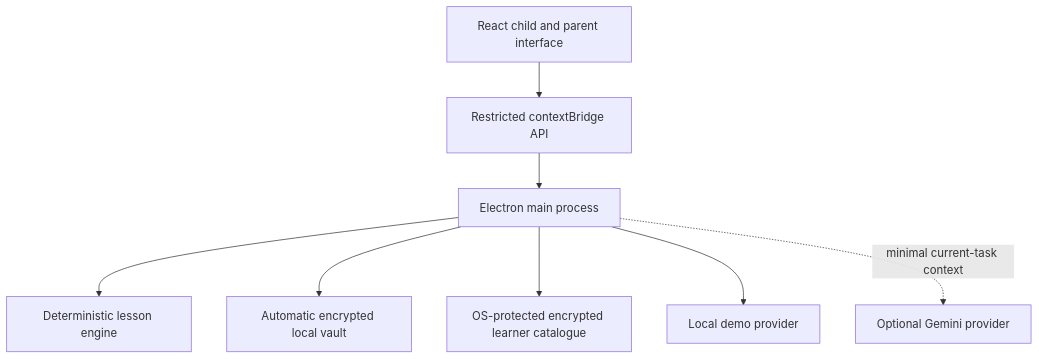
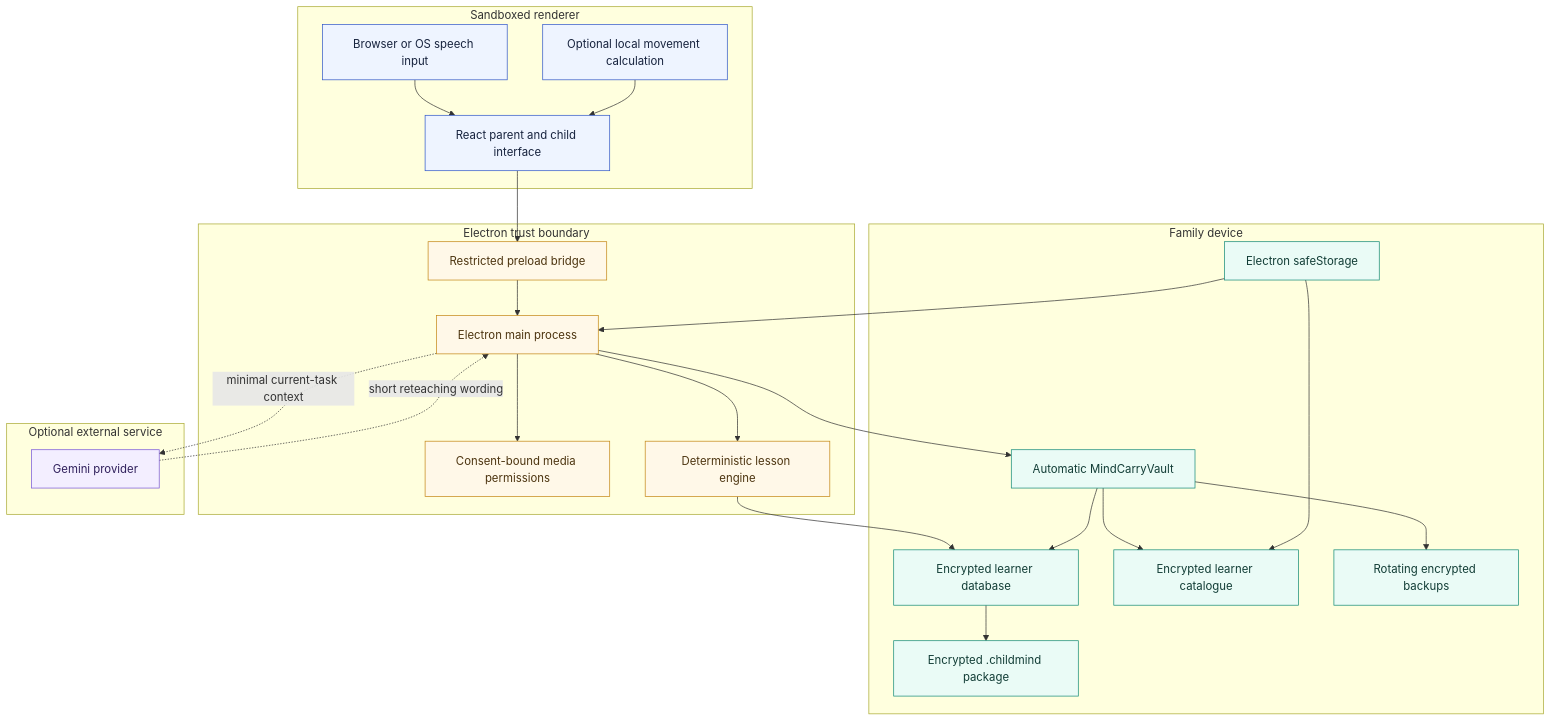
The second of 9 diagrams in README.md (inbharatai/mindcarry), drawn with Mermaid before and after one commit. The commit also changed other lines of this file, not shown here.

Commit message:
docs: redesign README with accurate architecture and privacy diagrams

````diff
--- a/README.md
+++ b/README.md
@@ -179,19 +115,55 @@
 ```mermaid
 flowchart TB
-    UI[React child and parent interface]
-    BRIDGE[Restricted contextBridge API]
-    MAIN[Electron main process]
-    ENGINE[Deterministic lesson engine]
-    VAULT[Automatic encrypted local vault]
-    CATALOG[OS-protected encrypted learner catalogue]
-    DEMO[Local demo provider]
-    GEMINI[Optional Gemini provider]
+    subgraph RENDERER[Sandboxed renderer]
+        UI[React parent and child interface]
+        SPEECH[Browser or OS speech input]
+        CAMERA[Optional local movement calculation]
+    end
+
+    subgraph TRUST[Electron trust boundary]
+        BRIDGE[Restricted preload bridge]
+        MAIN[Electron main process]
+        PERMISSIONS[Consent-bound media permissions]
+        ENGINE[Deterministic lesson engine]
+    end
+
+    subgraph LOCAL[Family device]
+        VAULT[Automatic MindCarryVault]
+        DB[Encrypted learner database]
+        CATALOG[Encrypted learner catalogue]
+        BACKUPS[Rotating encrypted backups]
+        EXPORT[Encrypted .childmind package]
+        OSKEY[Electron safeStorage]
+    end
+
+    subgraph EXTERNAL[Optional external service]
+        GEMINI[Gemini provider]
+    end
 
     UI --> BRIDGE
+    SPEECH --> UI
+    CAMERA --> UI
     BRIDGE --> MAIN
+    MAIN --> PERMISSIONS
     MAIN --> ENGINE
+    ENGINE --> DB
     MAIN --> VAULT
-    MAIN --> CATALOG
-    MAIN --> DEMO
+    VAULT --> DB
+    VAULT --> CATALOG
+    VAULT --> BACKUPS
+    DB --> EXPORT
+    OSKEY --> CATALOG
+    OSKEY --> MAIN
     MAIN -. minimal current-task context .-> GEMINI
+    GEMINI -. short reteaching wording .-> MAIN
+
+    classDef renderer fill:#EEF4FF,stroke:#3157C8,color:#17233E;
+    classDef trusted fill:#FFF8E8,stroke:#C48716,color:#4D3510;
+    classDef local fill:#EAFBF6,stroke:#138A78,color:#123D36;
+    classDef external fill:#F3EEFF,stroke:#7655D8,color:#30205C;
+
+    class UI,SPEECH,CAMERA renderer;
+    class BRIDGE,MAIN,PERMISSIONS,ENGINE trusted;
+    class VAULT,DB,CATALOG,BACKUPS,EXPORT,OSKEY local;
+    class GEMINI external;
 ```
````
